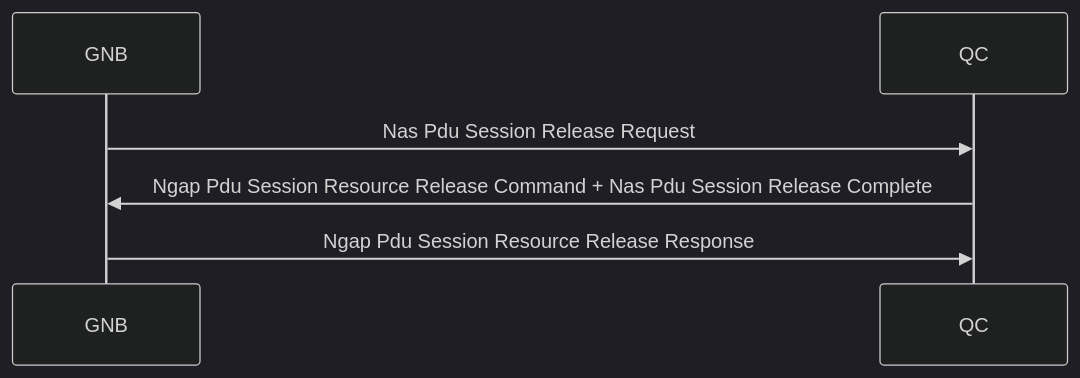
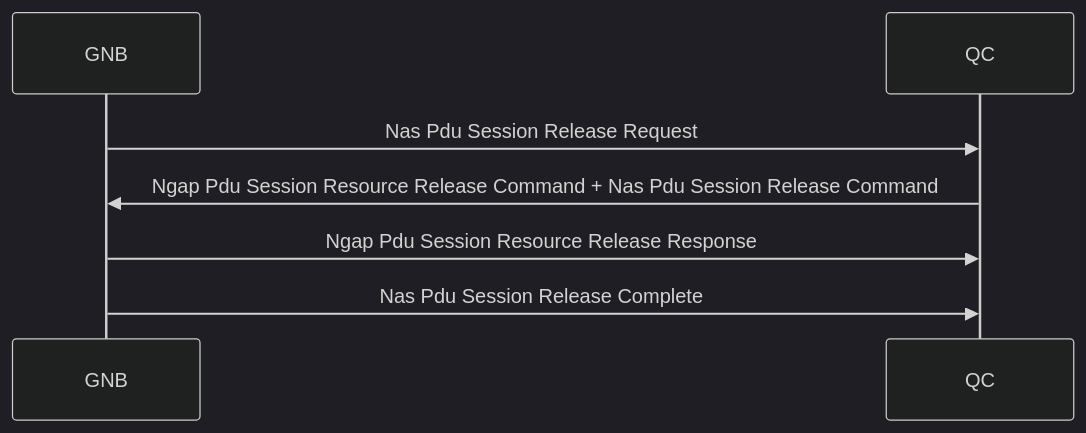
The first of 2 diagrams in docs/designs - existing/pdu_session_release.md (nplrkn/qcore), drawn with Mermaid (dark theme) before and after one commit. The commit also changed 17 other files, not shown here.

Commit message:
F1ap mode session release working in test framework

````diff
--- a/docs/designs - existing/pdu_session_release.md
+++ b/docs/designs - existing/pdu_session_release.md
@@ -5,8 +5,9 @@
 ```mermaid
 sequenceDiagram
   participant GNB
   participant QC
   GNB->>QC: Nas Pdu Session Release Request
-  QC->>GNB: Ngap Pdu Session Resource Release Command + Nas Pdu Session Release Complete  
+  QC->>GNB: Ngap Pdu Session Resource Release Command + Nas Pdu Session Release Command  
   GNB->>QC: Ngap Pdu Session Resource Release Response
+  GNB->>QC: Nas Pdu Session Release Complete
 ```
````
